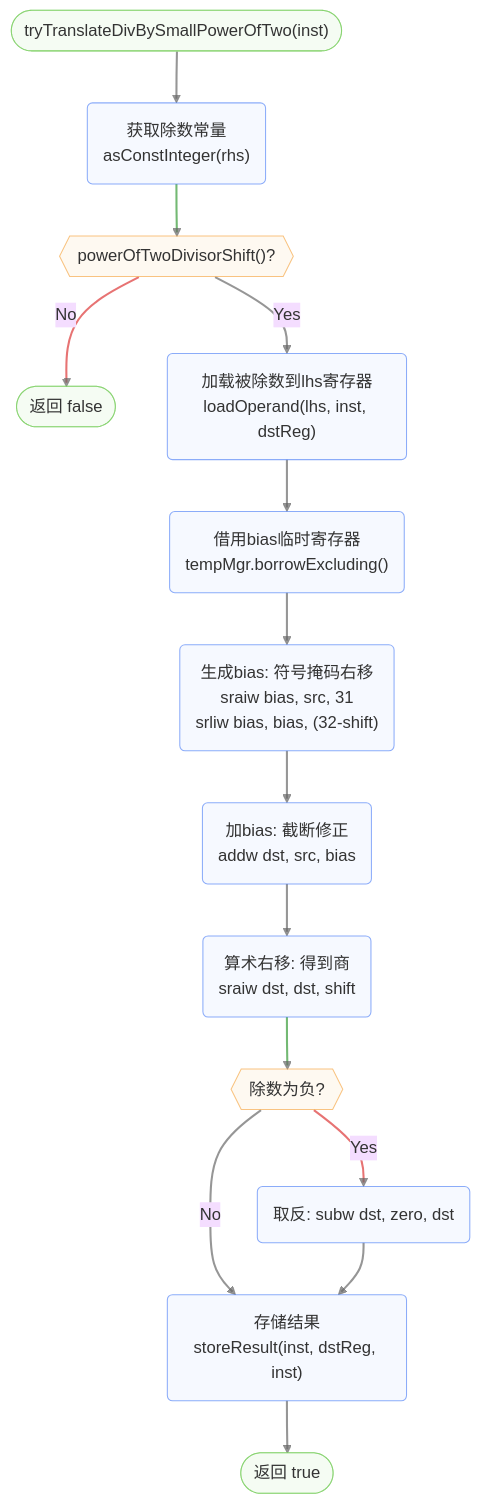
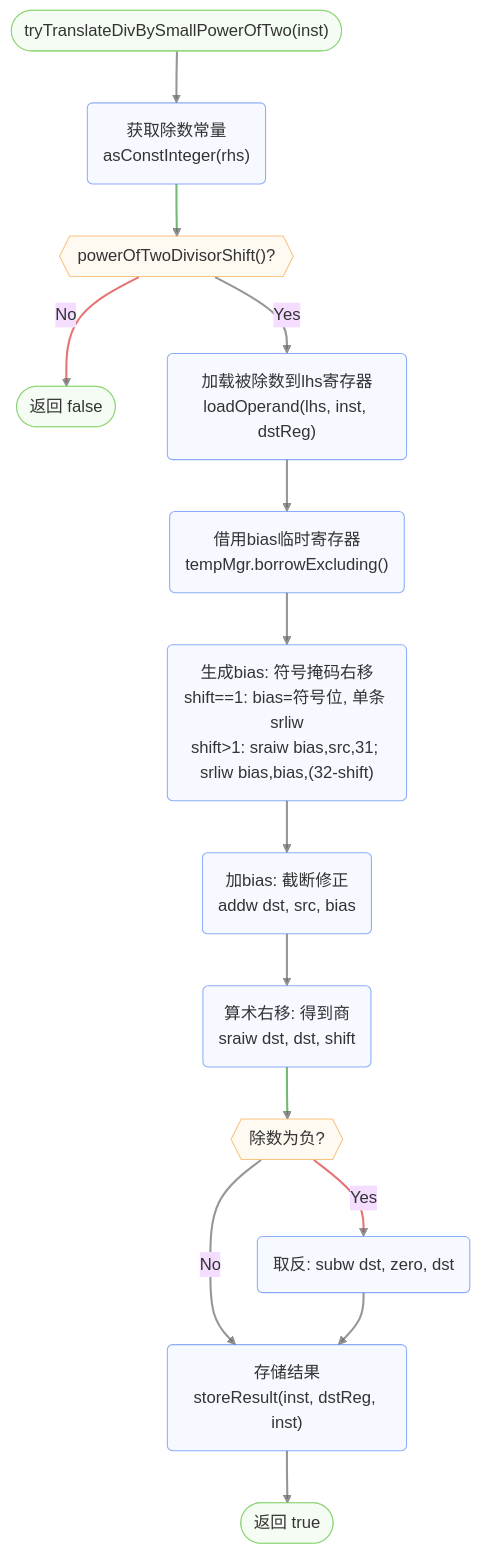
One commit to LLLLLLLLazy/compiler-lite changed the third of 8 diagrams in docs/backend-const-div-opt.md. Above: the diagram before and after it, drawn with Mermaid (base theme). The commit also changed other lines of this file and 6 other files, not shown here.

````diff
--- a/docs/backend-const-div-opt.md
+++ b/docs/backend-const-div-opt.md
@@ -79,36 +79,36 @@
 ```mermaid
 flowchart TD
     Start(["tryTranslateDivBySmallPowerOfTwo(inst)"]) --> GetConst("获取除数常量<br>asConstInteger(rhs)")
     GetConst --> Pow2Check{{"powerOfTwoDivisorShift()?"}}
     Pow2Check -- "No" --> Fail(["返回 false"])
 
     Pow2Check -- "Yes" --> LoadSrc("加载被除数到lhs寄存器<br>loadOperand(lhs, inst, dstReg)")
     LoadSrc --> BorrowBias("借用bias临时寄存器<br>tempMgr.borrowExcluding()")
 
-    BorrowBias --> GenBias("生成bias: 符号掩码右移<br>sraiw bias, src, 31<br>srliw bias, bias, (32-shift)")
+    BorrowBias --> GenBias("生成bias: 符号掩码右移<br>shift==1: bias=符号位, 单条 srliw<br>shift>1: sraiw bias,src,31; srliw bias,bias,(32-shift)")
     GenBias --> GenAdd("加bias: 截断修正<br>addw dst, src, bias")
     GenAdd --> GenShift("算术右移: 得到商<br>sraiw dst, dst, shift")
 
     GenShift --> NegCheck{{"除数为负?"}}
     NegCheck -- "Yes" --> GenNeg("取反: subw dst, zero, dst")
     NegCheck -- "No" --> StoreResult
     GenNeg --> StoreResult("存储结果<br>storeResult(inst, dstReg, inst)")
 
     StoreResult --> Success(["返回 true"])
 
     %%Node styles
     classDef default fill:#E2EAFE4F,stroke:#5A88F6AF
     classDef endNode fill:#DDF4D84F,stroke:#7DCF62AF
     classDef decisionNode fill:#FCEBD34f,stroke:#F6AA4BAF
 
     %%Link styles
     linkStyle default stroke:#666666AF,stroke-width:2px
     linkStyle 2 stroke:#DD3333AF,stroke-width:2px
     linkStyle 1 stroke:#339933AF,stroke-width:2px
     linkStyle 8 stroke:#339933AF,stroke-width:2px
     linkStyle 9 stroke:#DD3333AF,stroke-width:2px
 
     %%Node classes
     class Start,Success,Fail endNode
     class Pow2Check,NegCheck decisionNode
 ```
````
